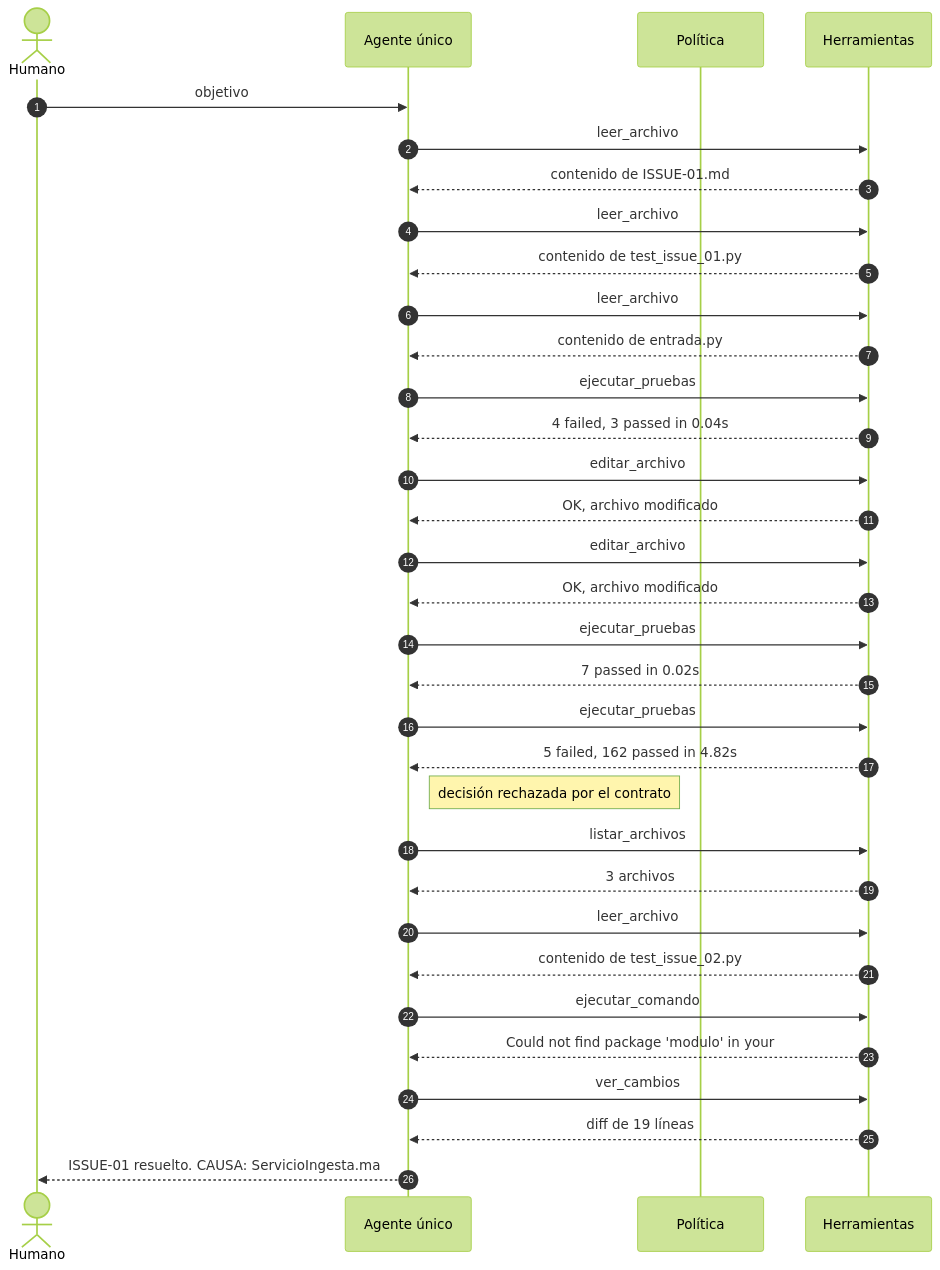
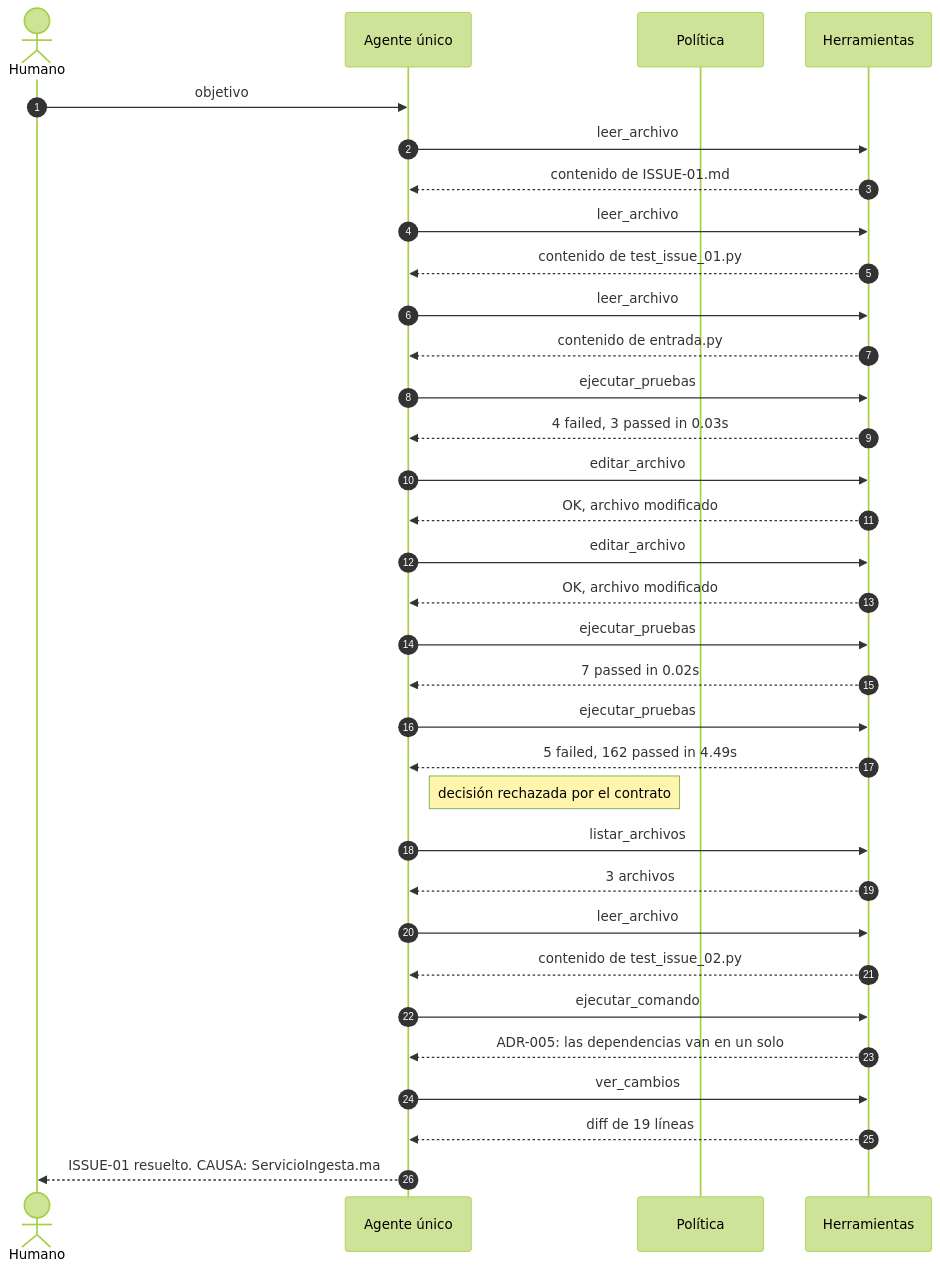
The diagram in agentes/trazas/issue01/unico/trayectoria.mmd (DavidOliva06/cs-2026b-lab04-grupo06), drawn with Mermaid (forest theme) before and after one commit. The commit also changed 23 other files, not shown here.

```diff
--- a/agentes/trazas/issue01/unico/trayectoria.mmd
+++ b/agentes/trazas/issue01/unico/trayectoria.mmd
@@ -1,33 +1,33 @@
 sequenceDiagram
     autonumber
     actor U as Humano
     participant AG as Agente único
     participant P as Política
     participant H as Herramientas
     U->>AG: objetivo
     AG->>H: leer_archivo
     H-->>AG: contenido de ISSUE-01.md
     AG->>H: leer_archivo
     H-->>AG: contenido de test_issue_01.py
     AG->>H: leer_archivo
     H-->>AG: contenido de entrada.py
     AG->>H: ejecutar_pruebas
-    H-->>AG: 4 failed, 3 passed in 0.04s
+    H-->>AG: 4 failed, 3 passed in 0.03s
     AG->>H: editar_archivo
     H-->>AG: OK, archivo modificado
     AG->>H: editar_archivo
     H-->>AG: OK, archivo modificado
     AG->>H: ejecutar_pruebas
     H-->>AG: 7 passed in 0.02s
     AG->>H: ejecutar_pruebas
-    H-->>AG: 5 failed, 162 passed in 4.82s
+    H-->>AG: 5 failed, 162 passed in 4.49s
     Note right of AG: decisión rechazada por el contrato
     AG->>H: listar_archivos
     H-->>AG: 3 archivos
     AG->>H: leer_archivo
     H-->>AG: contenido de test_issue_02.py
     AG->>H: ejecutar_comando
-    H-->>AG: Could not find package 'modulo' in your 
+    H-->>AG: ADR-005: las dependencias van en un solo
     AG->>H: ver_cambios
     H-->>AG: diff de 19 líneas
     AG-->>U: ISSUE-01 resuelto.  CAUSA: ServicioIngesta.ma
```
